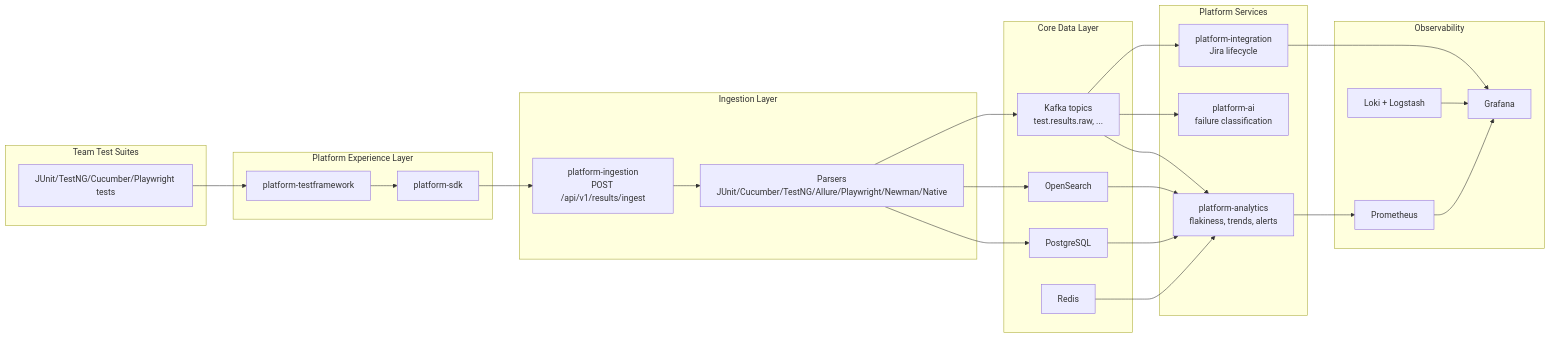
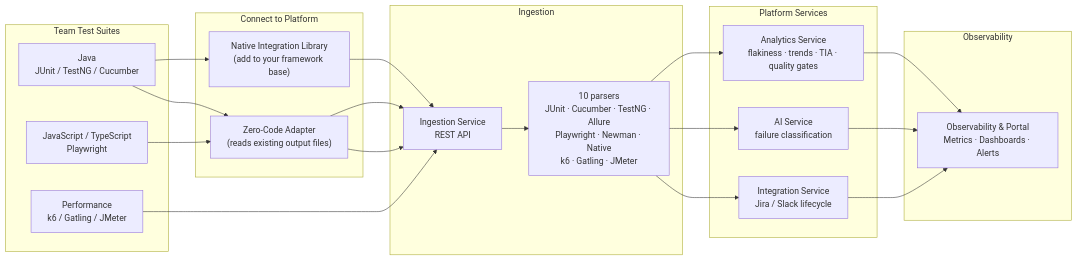
One commit to NDViet/test-automation-platform changed the diagram in docs/scaling-test-automation-framework-to-platform-slides.md. Above: the diagram before and after it, drawn with Mermaid. The commit also changed other lines of this file and 132 other files, not shown here.

````diff
--- a/docs/scaling-test-automation-framework-to-platform-slides.md
+++ b/docs/scaling-test-automation-framework-to-platform-slides.md
@@ -98,49 +139,39 @@
 ```mermaid
 flowchart LR
   subgraph Teams["Team Test Suites"]
-    A["JUnit/TestNG/Cucumber/Playwright tests"]
+    A["Java\nJUnit / TestNG / Cucumber"]
+    B["JavaScript / TypeScript\nPlaywright"]
+    C["Performance\nk6 / Gatling / JMeter"]
   end
 
-  subgraph PX["Platform Experience Layer"]
-    F["platform-testframework"]
-    S["platform-sdk"]
+  subgraph Connect["Connect to Platform"]
+    TK["Native Integration Library\n(add to your framework base)"]
+    AD["Zero-Code Adapter\n(reads existing output files)"]
   end
 
-  subgraph Ingest["Ingestion Layer"]
-    I["platform-ingestion\nPOST /api/v1/results/ingest"]
-    P["Parsers\nJUnit/Cucumber/TestNG/Allure/Playwright/Newman/Native"]
+  subgraph Ingest["Ingestion"]
+    I["Ingestion Service\nREST API"]
+    P["10 parsers\nJUnit · Cucumber · TestNG · Allure\nPlaywright · Newman · Native\nk6 · Gatling · JMeter"]
   end
 
-  subgraph Data["Core Data Layer"]
-    PG["PostgreSQL"]
-    OS["OpenSearch"]
-    K["Kafka topics\n test.results.raw, ..."]
-    R["Redis"]
+  subgraph Platform["Platform Services"]
+    AN["Analytics Service\nflakiness · trends · TIA · quality gates"]
+    AI["AI Service\nfailure classification"]
+    INT["Integration Service\nJira / Slack lifecycle"]
   end
 
-  subgraph Services["Platform Services"]
-    AN["platform-analytics\nflakiness, trends, alerts"]
-    AI["platform-ai\nfailure classification"]
-    INT["platform-integration\nJira lifecycle"]
+  subgraph Observe["Observability"]
+    GF["Observability & Portal\nMetrics · Dashboards · Alerts"]
   end
 
-  subgraph Obs["Observability"]
-    PR["Prometheus"]
-    GF["Grafana"]
-    LK["Loki + Logstash"]
-  end
-
-  A --> F --> S --> I --> P
-  P --> PG
-  P --> OS
-  P --> K
-  K --> AN
-  K --> AI
-  K --> INT
-  AN --> PR --> GF
-  LK --> GF
+  A --> TK --> I
+  A --> AD --> I
+  B --> AD --> I
+  C --> I
+  I --> P --> AN
+  P --> AI
+  P --> INT
+  AN --> GF
+  AI --> GF
   INT --> GF
-  PG --> AN
-  OS --> AN
-  R --> AN
 ```
````
